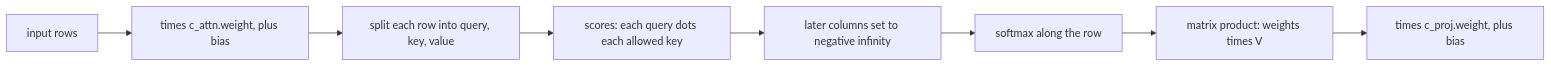
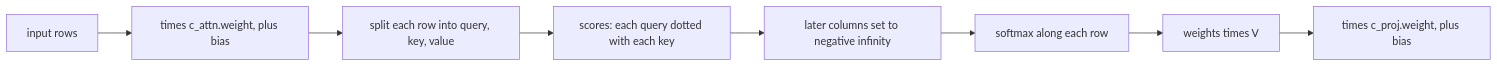
Before and after one commit to vasubansal1033/codecrafters-inference-engine-go: the fourth of 7 diagrams in concepts.md, drawn with Mermaid. The commit also changed other lines of this file and 5 other files, not shown here.

````diff
--- a/concepts.md
+++ b/concepts.md
@@ -235,10 +262,10 @@
 ```mermaid
 flowchart LR
   row["input rows"] --> qkv["times c_attn.weight, plus bias"]
   qkv --> split["split each row into query, key, value"]
-  split --> score["scores: each query dots each allowed key"]
+  split --> score["scores: each query dotted with each key"]
   score --> mask["later columns set to negative infinity"]
-  mask --> sm["softmax along the row"]
-  sm --> mix["matrix product: weights times V"]
+  mask --> sm["softmax along each row"]
+  sm --> mix["weights times V"]
   mix --> proj["times c_proj.weight, plus bias"]
 ```
````
